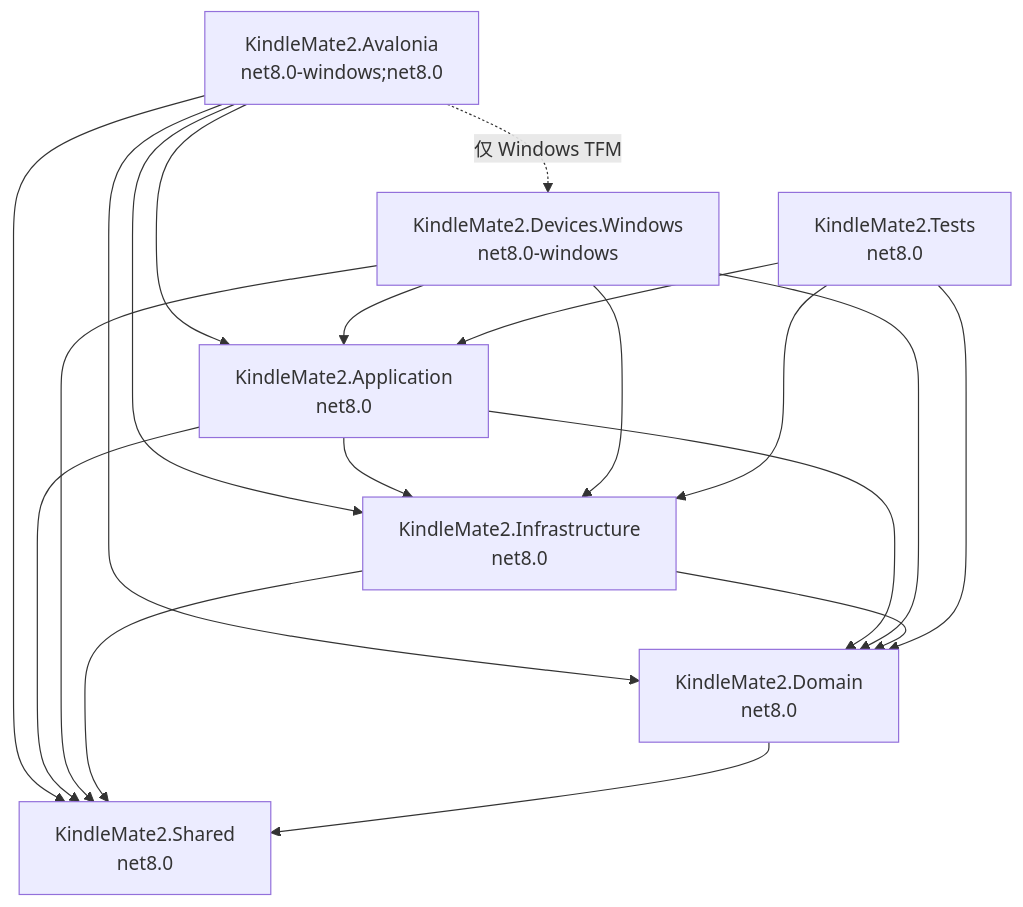
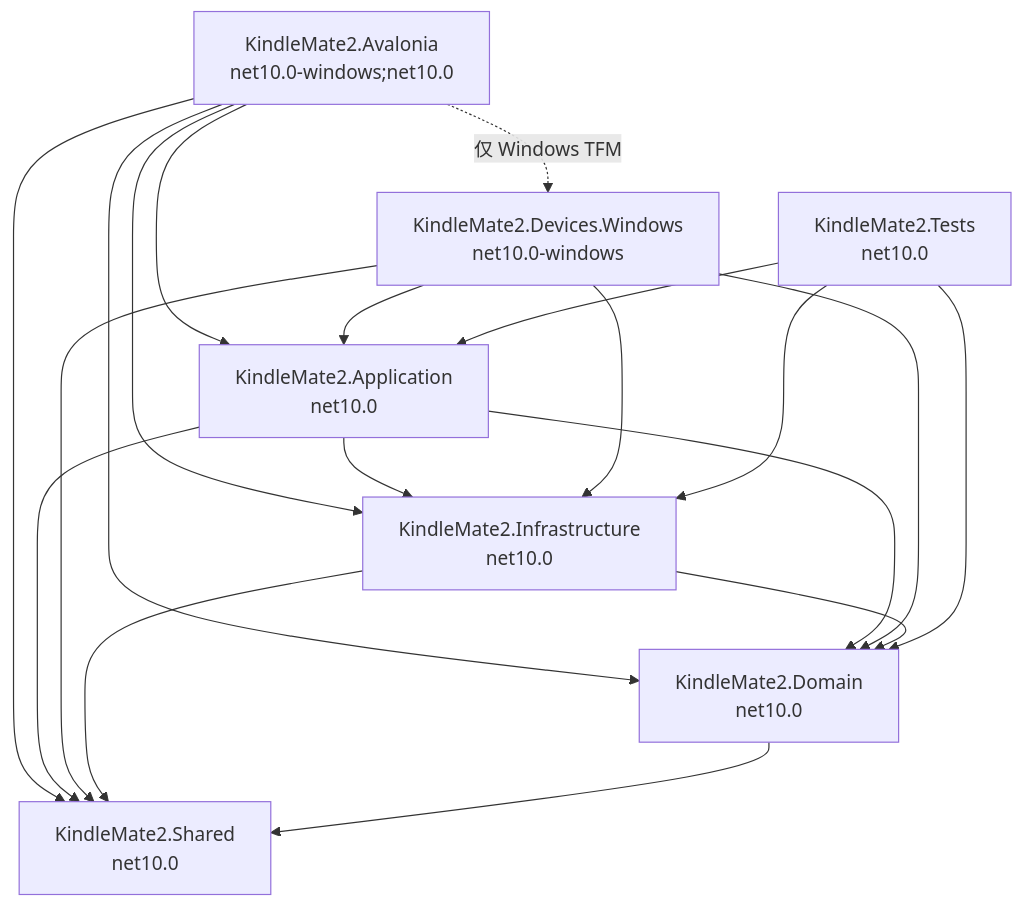
Before and after one commit to lzcapp/KindleMate2: the diagram in arch.md, drawn with Mermaid. The commit also changed other lines of this file and 13 other files, not shown here.

First line of the commit message:
feat(tfm): 目标框架 net8.0 -> net10.0

````diff
--- a/arch.md
+++ b/arch.md
@@ -48,26 +48,26 @@
 ```mermaid
 graph TD
-    UI["KindleMate2.Avalonia<br/>net8.0-windows;net8.0"] --> APP["KindleMate2.Application<br/>net8.0"]
-    UI --> INF["KindleMate2.Infrastructure<br/>net8.0"]
-    UI --> DOM["KindleMate2.Domain<br/>net8.0"]
-    UI --> SH["KindleMate2.Shared<br/>net8.0"]
-    UI -. "仅 Windows TFM" .-> DEV["KindleMate2.Devices.Windows<br/>net8.0-windows"]
+    UI["KindleMate2.Avalonia<br/>net10.0-windows;net10.0"] --> APP["KindleMate2.Application<br/>net10.0"]
+    UI --> INF["KindleMate2.Infrastructure<br/>net10.0"]
+    UI --> DOM["KindleMate2.Domain<br/>net10.0"]
+    UI --> SH["KindleMate2.Shared<br/>net10.0"]
+    UI -. "仅 Windows TFM" .-> DEV["KindleMate2.Devices.Windows<br/>net10.0-windows"]
 
     APP --> DOM
     APP --> INF
     APP --> SH
 
     DEV --> APP
     DEV --> DOM
     DEV --> INF
     DEV --> SH
 
     INF --> DOM
     INF --> SH
 
     DOM --> SH
 
-    T["KindleMate2.Tests<br/>net8.0"] --> APP
+    T["KindleMate2.Tests<br/>net10.0"] --> APP
     T --> INF
     T --> DOM
 ```
````
